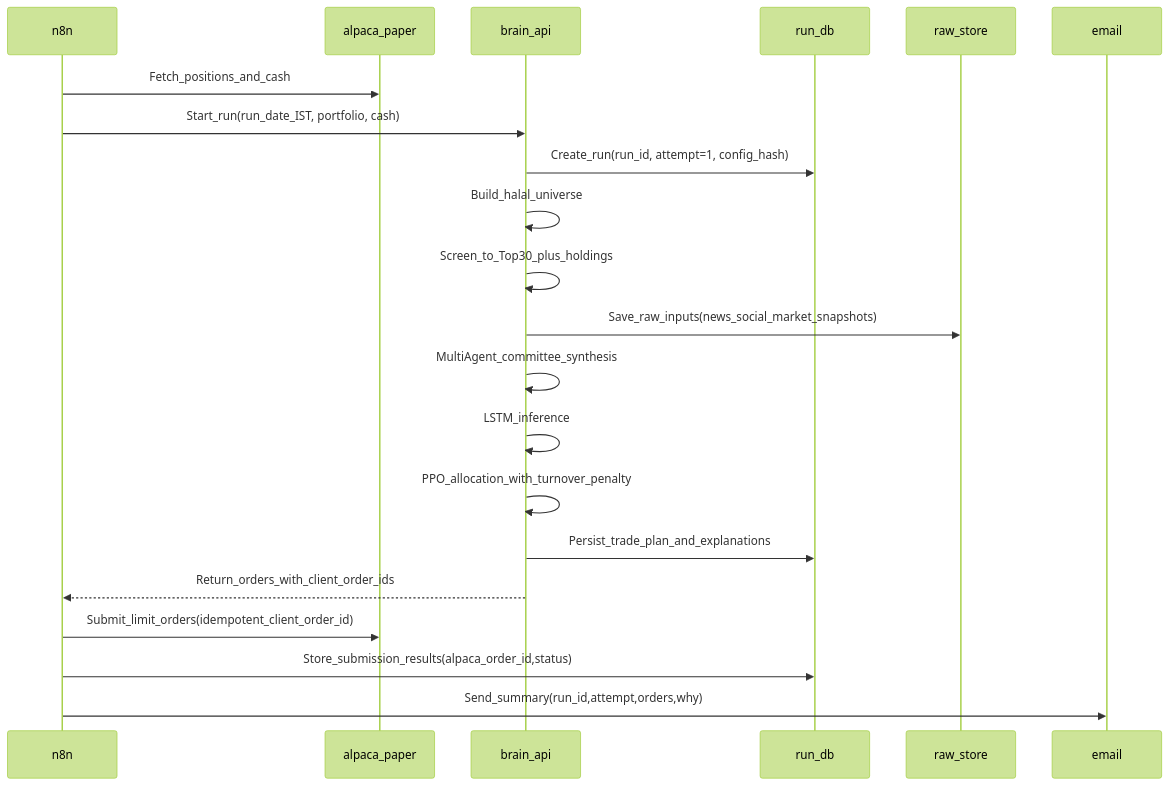
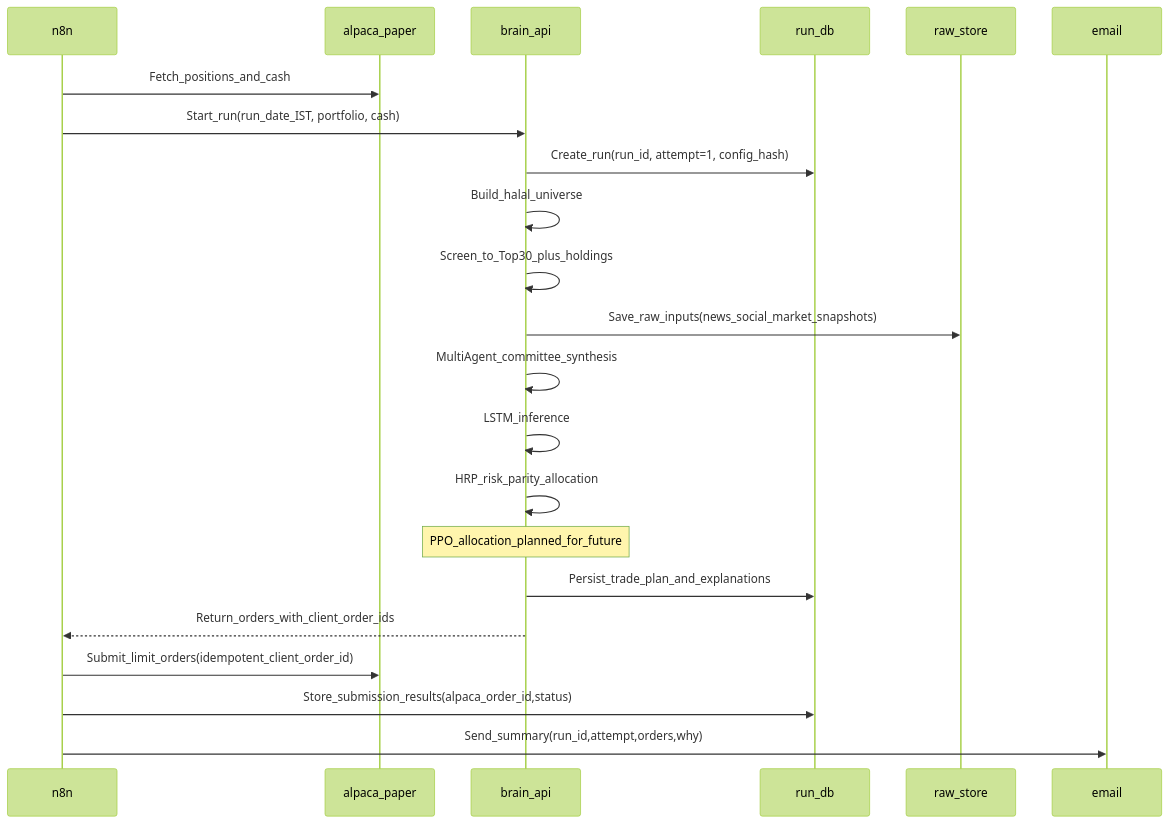
The second of 3 diagrams in README.md (hajirazin/LearnFinance-2025), drawn with Mermaid (forest theme) before and after one commit. The commit also changed other lines of this file and 1 other file, not shown here.

````diff
--- a/README.md
+++ b/README.md
@@ -54,24 +55,25 @@
 ```mermaid
 sequenceDiagram
   participant N8N as n8n
   participant Alpaca as alpaca_paper
   participant Brain as brain_api
   participant DB as run_db
   participant Raw as raw_store
   participant Email as email
 
   N8N->>Alpaca: Fetch_positions_and_cash
   N8N->>Brain: Start_run(run_date_IST, portfolio, cash)
   Brain->>DB: Create_run(run_id, attempt=1, config_hash)
   Brain->>Brain: Build_halal_universe
   Brain->>Brain: Screen_to_Top30_plus_holdings
   Brain->>Raw: Save_raw_inputs(news_social_market_snapshots)
   Brain->>Brain: MultiAgent_committee_synthesis
   Brain->>Brain: LSTM_inference
-  Brain->>Brain: PPO_allocation_with_turnover_penalty
+  Brain->>Brain: HRP_risk_parity_allocation
+  Note over Brain: PPO_allocation_planned_for_future
   Brain->>DB: Persist_trade_plan_and_explanations
   Brain-->>N8N: Return_orders_with_client_order_ids
   N8N->>Alpaca: Submit_limit_orders(idempotent_client_order_id)
   N8N->>DB: Store_submission_results(alpaca_order_id,status)
   N8N->>Email: Send_summary(run_id,attempt,orders,why)
 ```
````
